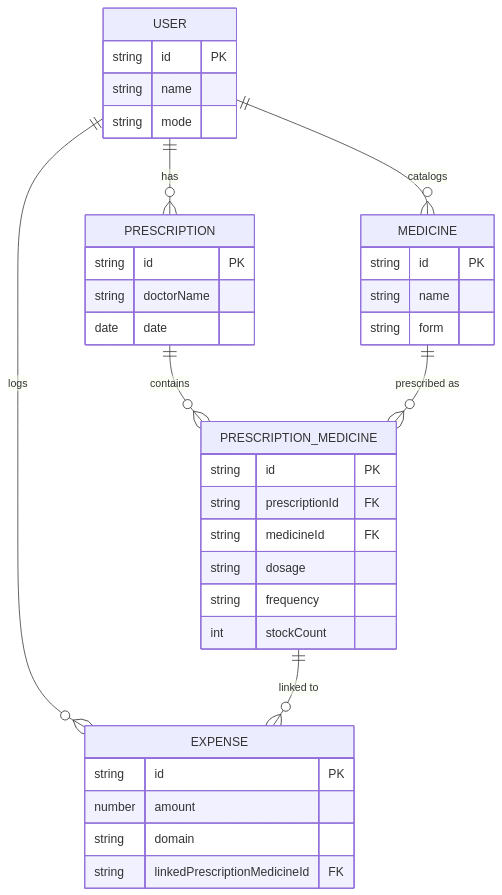
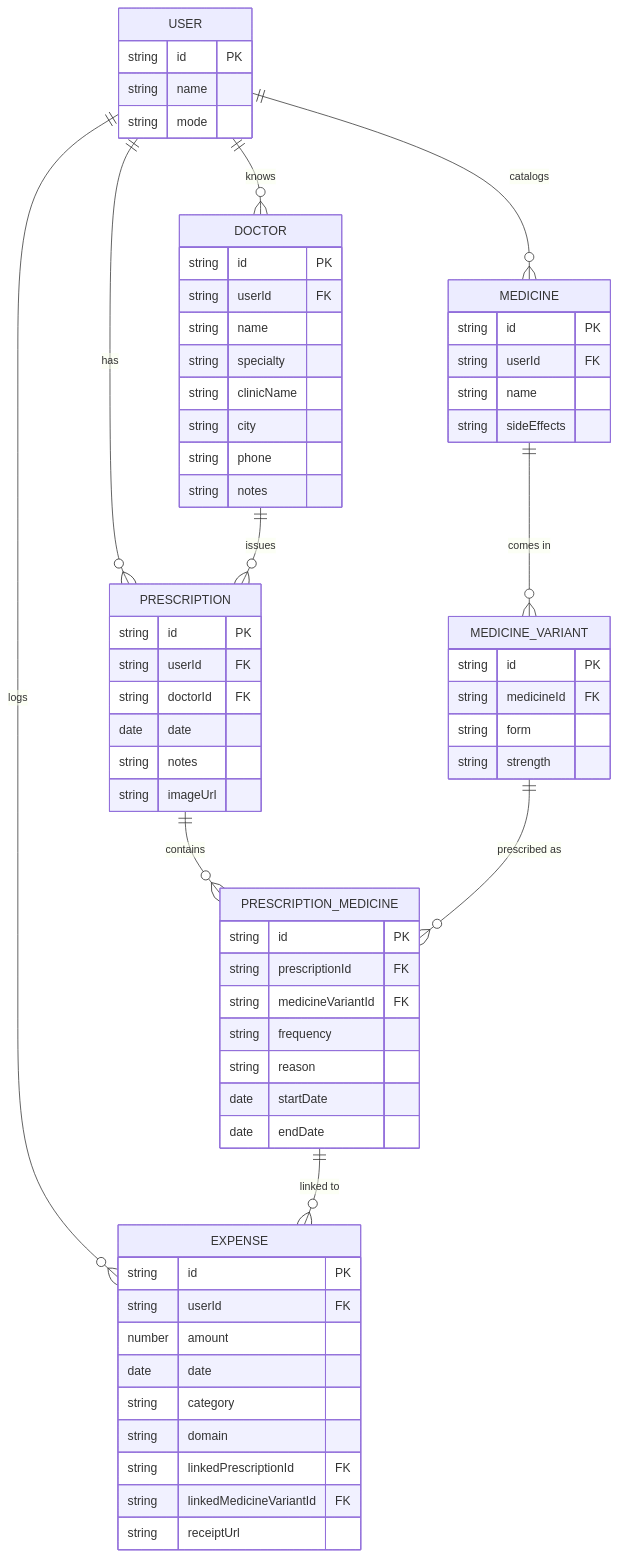
The diagram in docs/care-coin-planning-guide.md (yogeshdatir/care-coin), drawn with Mermaid before and after one commit. The commit also changed other lines of this file and 7 other files, not shown here.

Commit message:
Further enhanced medicine schema Enhance MedicinesPage with new form structure; add Medicine and MedicineVariant types; introduce reusable Select and Textarea components; update health types and add MEDICINE_FORMS constant

````diff
--- a/docs/care-coin-planning-guide.md
+++ b/docs/care-coin-planning-guide.md
@@ -96,38 +114,67 @@
 ```mermaid
 erDiagram
   USER ||--o{ PRESCRIPTION : has
   USER ||--o{ EXPENSE : logs
   USER ||--o{ MEDICINE : catalogs
+  USER ||--o{ DOCTOR : knows
+  MEDICINE ||--o{ MEDICINE_VARIANT : "comes in"
+  DOCTOR ||--o{ PRESCRIPTION : issues
   PRESCRIPTION ||--o{ PRESCRIPTION_MEDICINE : contains
-  MEDICINE ||--o{ PRESCRIPTION_MEDICINE : "prescribed as"
+  MEDICINE_VARIANT ||--o{ PRESCRIPTION_MEDICINE : "prescribed as"
   PRESCRIPTION_MEDICINE ||--o{ EXPENSE : "linked to"
   USER {
     string id PK
     string name
     string mode
   }
+  DOCTOR {
+    string id PK
+    string userId FK
+    string name
+    string specialty
+    string clinicName
+    string city
+    string phone
+    string notes
+  }
   MEDICINE {
     string id PK
+    string userId FK
     string name
+    string sideEffects
+  }
+  MEDICINE_VARIANT {
+    string id PK
+    string medicineId FK
     string form
+    string strength
   }
   PRESCRIPTION {
     string id PK
-    string doctorName
+    string userId FK
+    string doctorId FK
     date date
+    string notes
+    string imageUrl
   }
   PRESCRIPTION_MEDICINE {
     string id PK
     string prescriptionId FK
-    string medicineId FK
-    string dosage
+    string medicineVariantId FK
     string frequency
-    int stockCount
+    string reason
+    date startDate
+    date endDate
   }
   EXPENSE {
     string id PK
+    string userId FK
     number amount
+    date date
+    string category
     string domain
-    string linkedPrescriptionMedicineId FK
+    string linkedPrescriptionId FK
+    string linkedMedicineVariantId FK
+    string receiptUrl
   }
 ```
````
